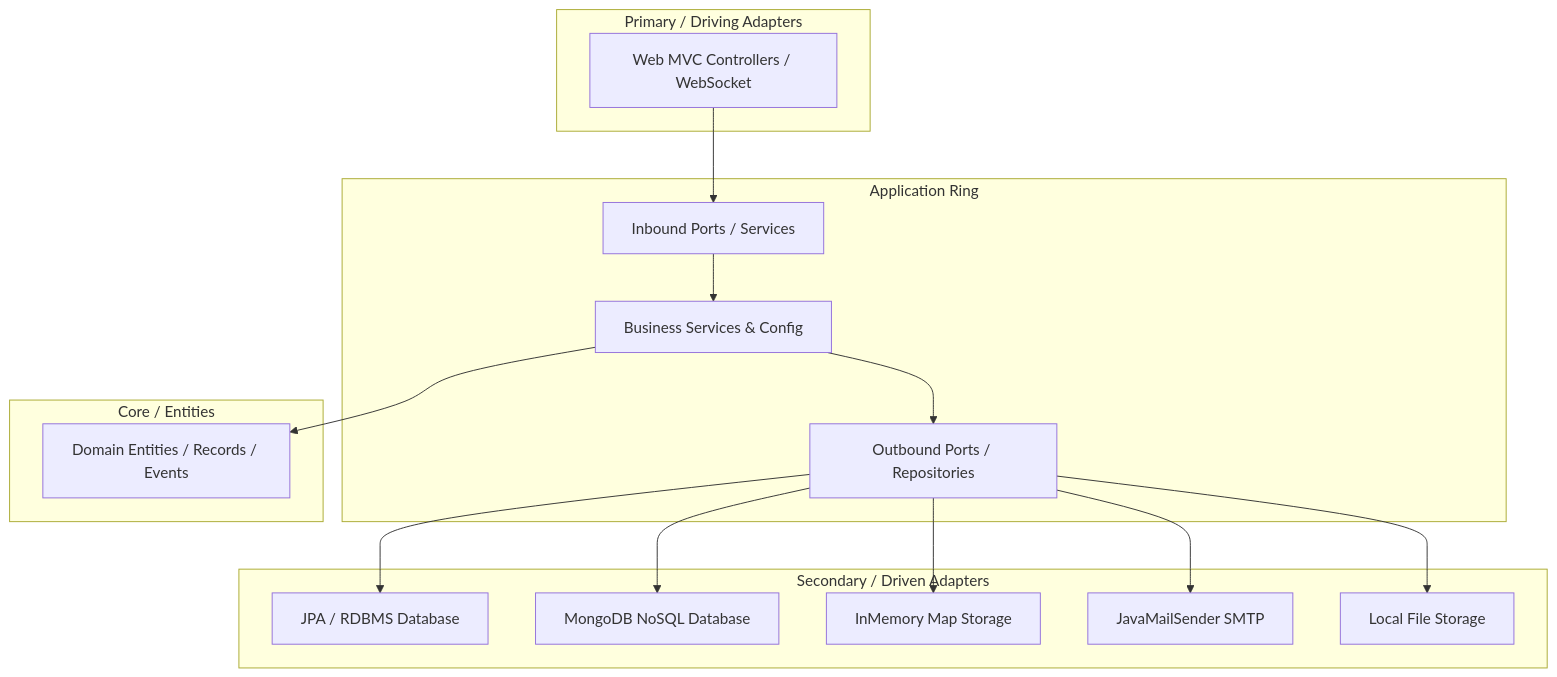
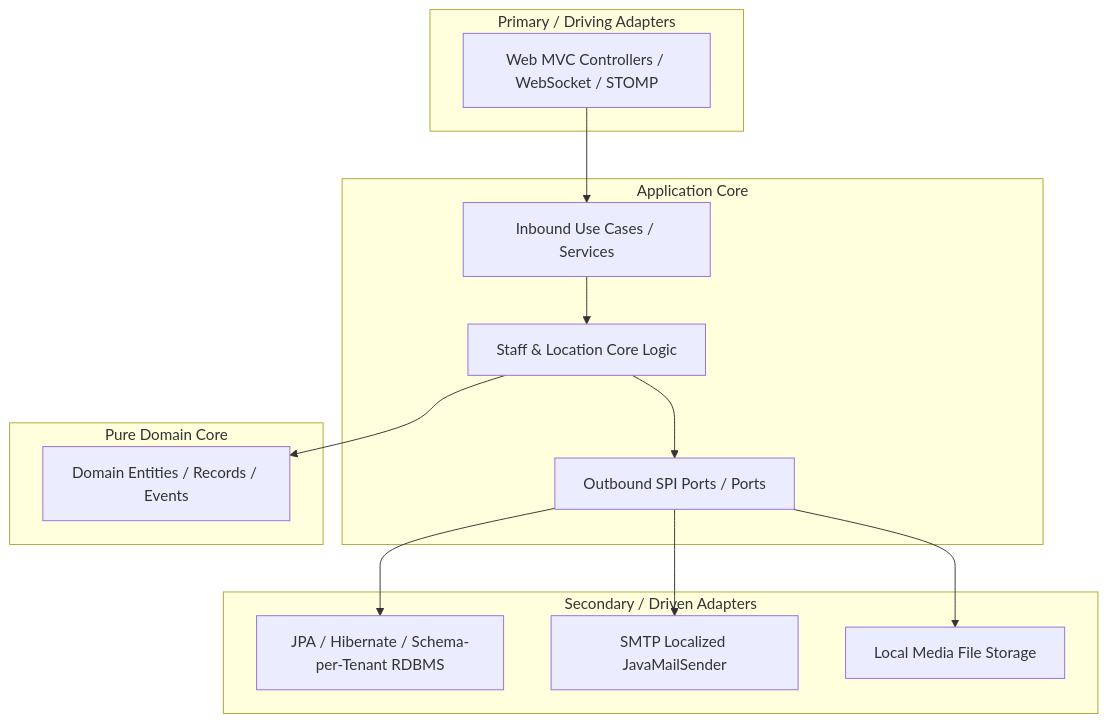
One commit to ricardomaximino/fastbite changed the diagram in PROJECT.md. Above: the diagram before and after it, drawn with Mermaid. The commit also changed other lines of this file and 2 other files, not shown here.

````diff
--- a/PROJECT.md
+++ b/PROJECT.md
@@ -21,31 +9,27 @@
 ```mermaid
 graph TD
     subgraph Adapter-In [Primary / Driving Adapters]
-        Web[Web MVC Controllers / WebSocket]
+        Web[Web MVC Controllers / WebSocket / STOMP]
     end
-    subgraph Application [Application Ring]
-        PortsIn[Inbound Ports / Services]
-        PortsOut[Outbound Ports / Repositories]
-        Logic[Business Services & Config]
+    subgraph Application [Application Core]
+        PortsIn[Inbound Use Cases / Services]
+        PortsOut[Outbound SPI Ports / Ports]
+        Logic[Staff & Location Core Logic]
     end
-    subgraph Domain [Core / Entities]
+    subgraph Domain [Pure Domain Core]
         Model[Domain Entities / Records / Events]
     end
     subgraph Adapter-Out [Secondary / Driven Adapters]
-        JPA[JPA / RDBMS Database]
-        Mongo[MongoDB NoSQL Database]
-        Memory[InMemory Map Storage]
-        Mail[JavaMailSender SMTP]
-        Disk[Local File Storage]
+        JPA[JPA / Hibernate / Schema-per-Tenant RDBMS]
+        Mail[SMTP Localized JavaMailSender]
+        Disk[Local Media File Storage]
     end
 
     Web --> PortsIn
     PortsIn --> Logic
     Logic --> Model
     Logic --> PortsOut
     PortsOut --> JPA
-    PortsOut --> Mongo
-    PortsOut --> Memory
     PortsOut --> Mail
     PortsOut --> Disk
 ```
````
